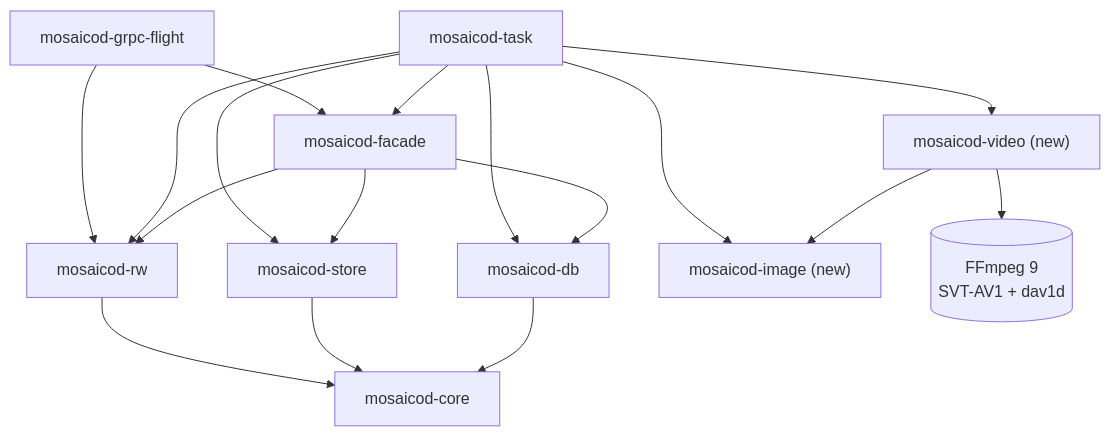
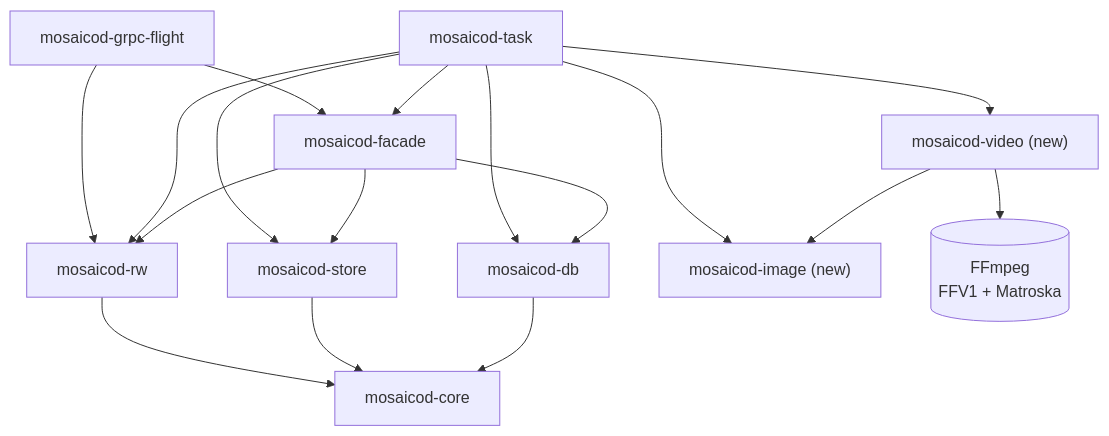
One commit to mosaico-labs/mosaico-rfcs changed the second of 2 diagrams in text/0000-image-sequence.md. Above: the diagram before and after it, drawn with Mermaid. The commit also changed other lines of this file, not shown here.

````diff
--- a/text/0000-image-sequence.md
+++ b/text/0000-image-sequence.md
@@ -235,30 +237,30 @@
 ```mermaid
 flowchart TD
     FLIGHT["mosaicod-grpc-flight"]
     TASK["mosaicod-task"]
     FACADE["mosaicod-facade"]
     RW["mosaicod-rw"]
     STORE["mosaicod-store"]
     DB["mosaicod-db"]
     CORE["mosaicod-core"]
     IMAGE["mosaicod-image (new)"]
     VIDEO["mosaicod-video (new)"]
-    FFMPEG[("FFmpeg 9<br/>SVT-AV1 + dav1d")]
+    FFMPEG[("FFmpeg<br/>FFV1 + Matroska")]
 
     FLIGHT --> FACADE
     FLIGHT --> RW
     TASK --> FACADE
     TASK --> RW
     TASK --> STORE
     TASK --> DB
     TASK --> IMAGE
     TASK --> VIDEO
     VIDEO --> IMAGE
     VIDEO --> FFMPEG
     FACADE --> RW
     FACADE --> STORE
     FACADE --> DB
     RW --> CORE
     STORE --> CORE
     DB --> CORE
 ```
````
